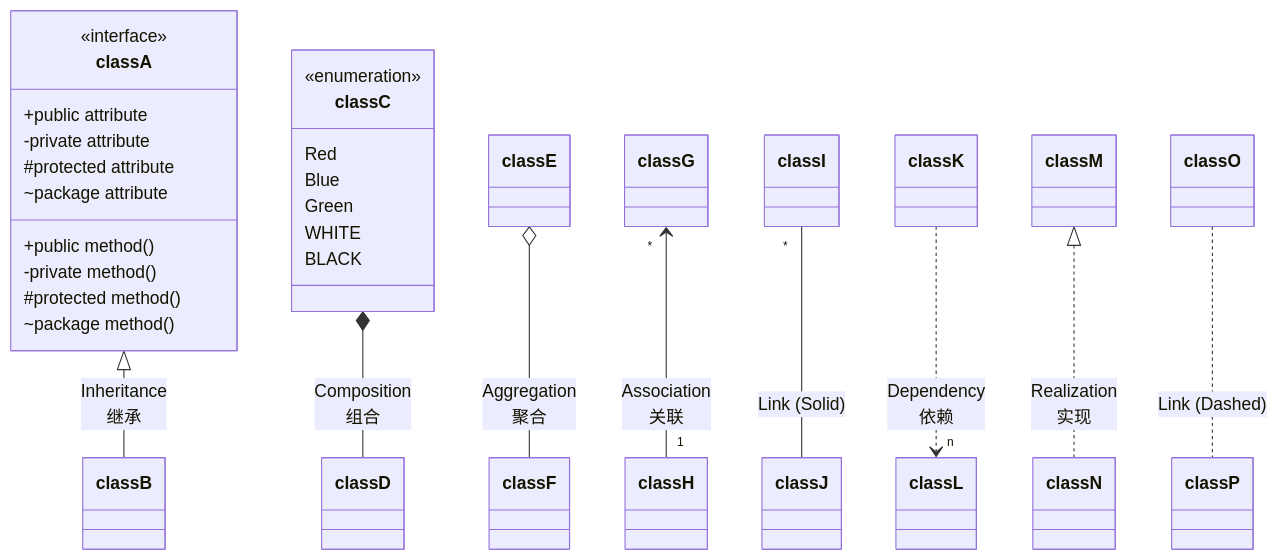
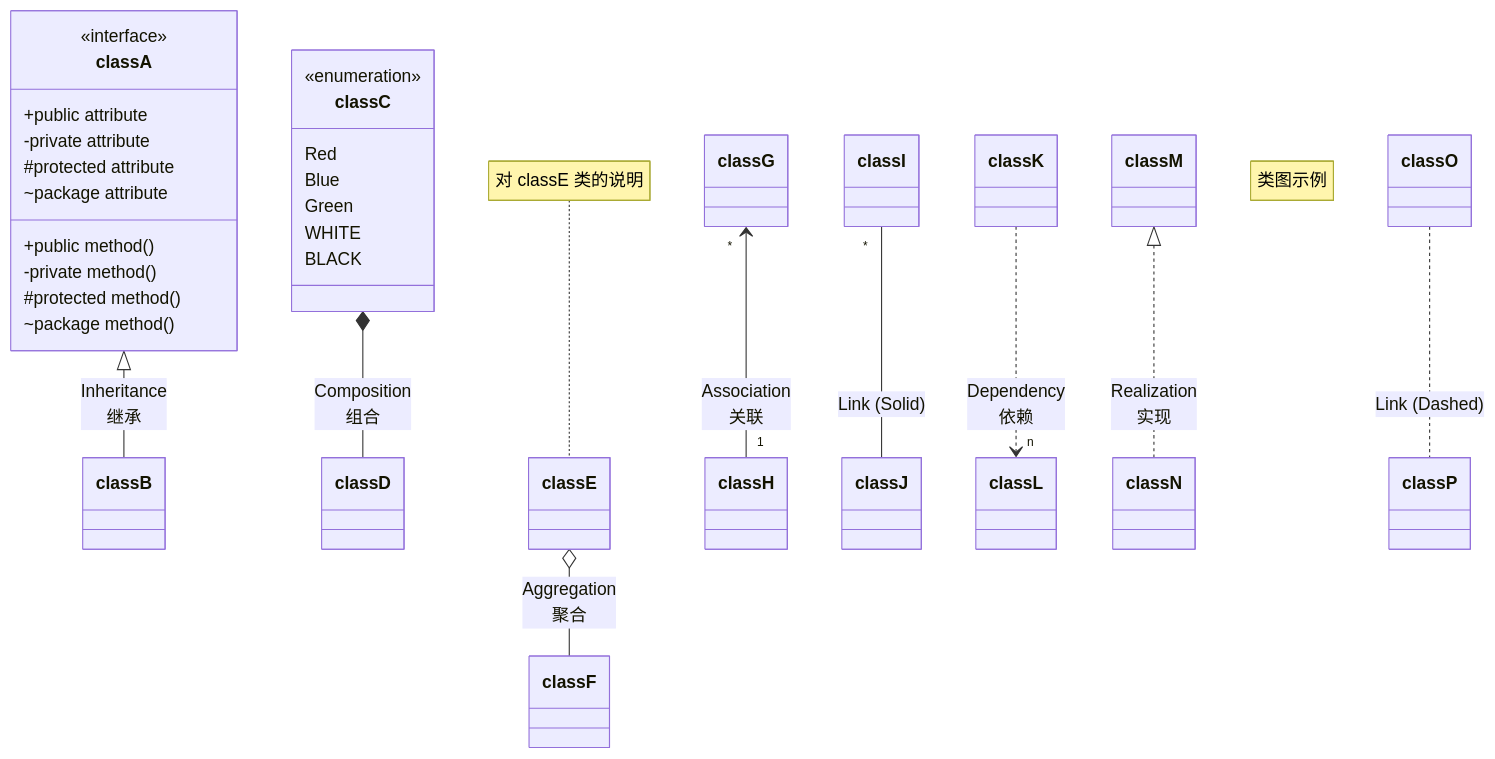
The ninth of 32 diagrams in released/samples/chart.md (MadMaxChow/VLOOK), drawn with Mermaid before and after one commit. The commit also changed other lines of this file and 273 other files, not shown here.

````diff
--- a/released/samples/chart.md
+++ b/released/samples/chart.md
@@ -580,32 +601,36 @@
 ```mermaid
 classDiagram
+note "类图示例"
+
 classA <|-- classB : Inheritance<br>继承
 classC *-- classD : Composition<br>组合
 classE o-- classF : Aggregation<br>聚合
 classG "*" <-- "1" classH : Association<br>关联
 classI "*" -- classJ : Link (Solid)
 classK ..> "n" classL : Dependency<br>依赖
 classM <|.. classN : Realization<br>实现
 classO .. classP : Link (Dashed)
+
+note for classE "对 classE 类的说明"
 
 class classA~Class~{
     <<interface>>
     +public attribute
     -private attribute
     #protected attribute
     ~package attribute
     +public method()
     -private method()
     #protected method()
     ~package method()
 }
 
 class classC{
     <<enumeration>>
     Red
     Blue
     Green
     WHITE
     BLACK
 }
 ```
````
